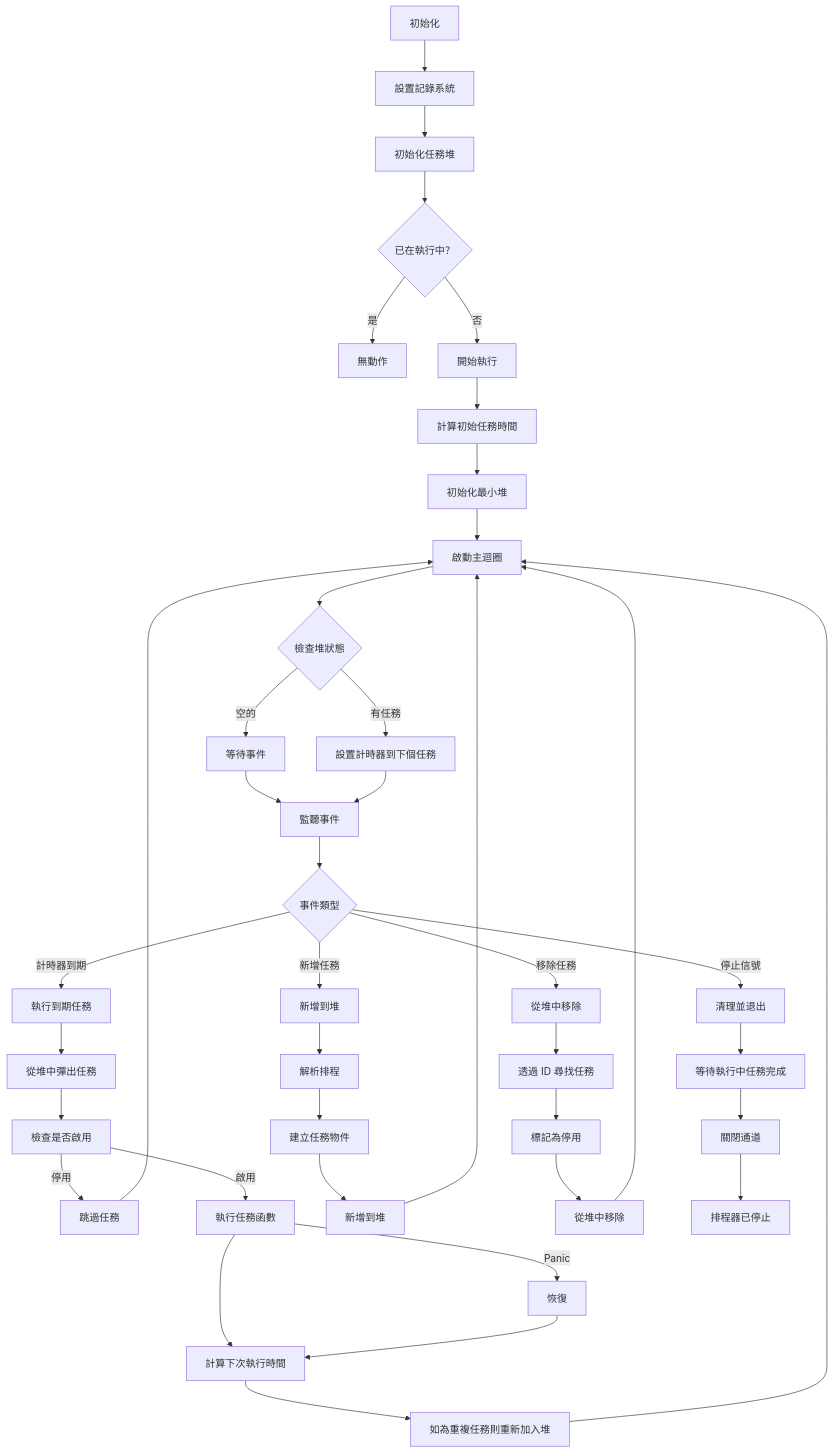
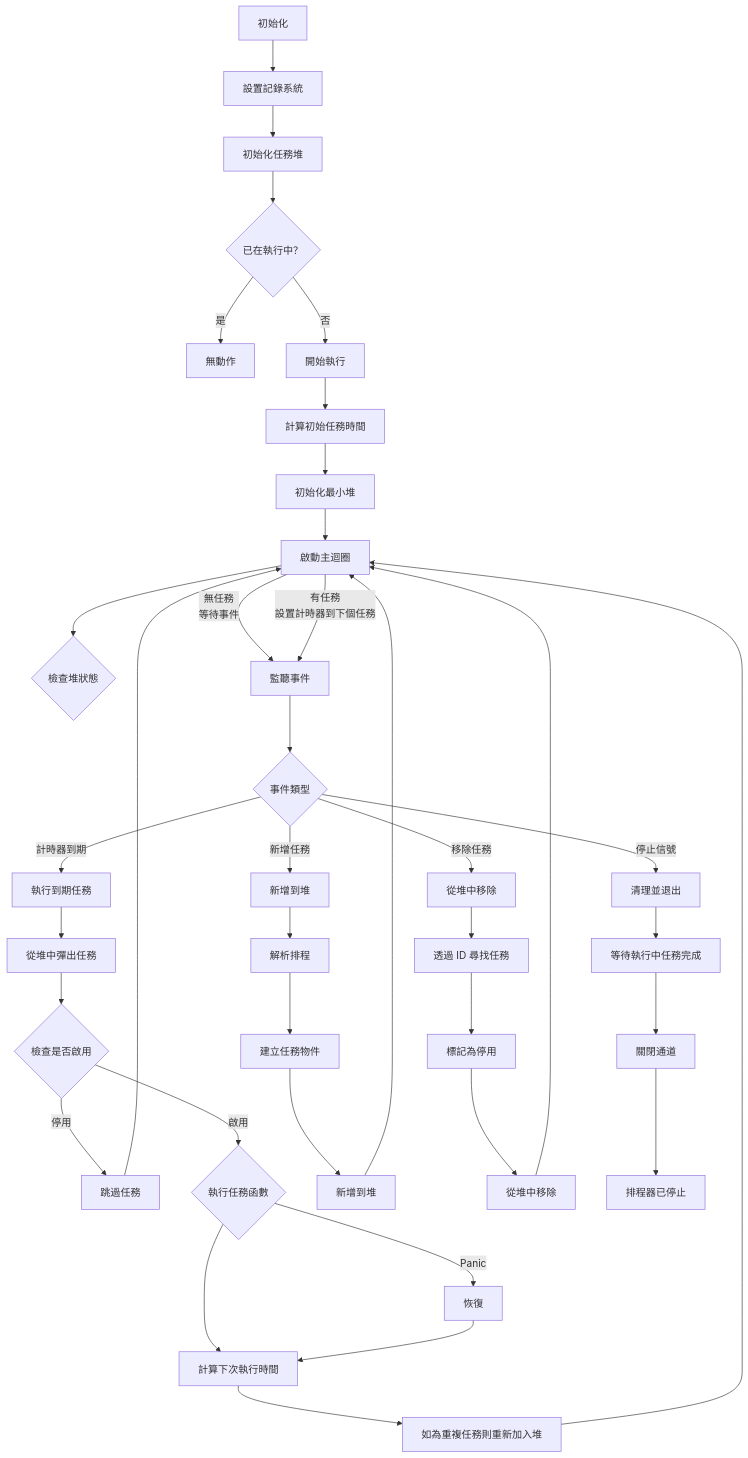
Before and after one commit to pardnchiu/go-scheduler: the diagram in README.zh.md, drawn with Mermaid. The commit also changed other lines of this file and 7 other files, not shown here.

````diff
--- a/README.zh.md
+++ b/README.zh.md
@@ -26,51 +26,48 @@
 ```mermaid
 flowchart TD
-  A[初始化] --> C[設置記錄系統]
-  C --> D[初始化任務堆]
-  D --> H{已在執行中？}
-  H -->|是| I[無動作]
-  H -->|否| J[開始執行]
+  A[初始化] --> B[設置記錄系統]
+  B --> C[初始化任務堆]
+  C --> D{已在執行中？}
+  D -->|是| D1[無動作]
+  D -->|否| D2[開始執行]
   
-  J --> K[計算初始任務時間]
-  K --> L[初始化最小堆]
-  L --> M[啟動主迴圈]
+  D2 --> E[計算初始任務時間]
+  E --> F[初始化最小堆]
+  F --> G[啟動主迴圈]
   
-  M --> N{檢查堆狀態}
-  N -->|空的| O[等待事件]
-  N -->|有任務| P[設置計時器到下個任務]
-  
-  O --> Q[監聽事件]
-  P --> Q
+  G --> H{檢查堆狀態}
+  G -->|無任務<br>等待事件| Q[監聽事件]
+  G -->|有任務<br>設置計時器到下個任務| Q
   
   Q --> R{事件類型}
-  R -->|計時器到期| S[執行到期任務]
-  R -->|新增任務| T[新增到堆]
-  R -->|移除任務| U[從堆中移除]
-  R -->|停止信號| V[清理並退出]
+  R -->|計時器到期| R1[執行到期任務]
+  R -->|新增任務| R2[新增到堆]
+  R -->|移除任務| R3[從堆中移除]
+  R -->|停止信號| R4[清理並退出]
   
-  S --> W[從堆中彈出任務]
-  W --> X[檢查是否啟用]
-  X -->|停用| Y[跳過任務]
-  X -->|啟用| BB[執行任務函數]
-  BB --> DD[計算下次執行時間]
-  BB -->|Panic| CC[恢復]
-  CC --> DD[計算下次執行時間]
-  DD --> EE[如為重複任務則重新加入堆]
+  R1 --> S[從堆中彈出任務]
+  S --> T{檢查是否啟用}
+  T -->|停用| T0[跳過任務]
+  T0 --> G
+  T -->|啟用| T1{執行任務函數}
+  T1 --> T11[計算下次執行時間]
+  T1 -->|Panic| T10[恢復]
+  T10 --> T11[計算下次執行時間]
+  T11 --> U[如為重複任務則重新加入堆]
   
-  T --> FF[解析排程]
-  FF --> GG[建立任務物件]
-  GG --> HH[新增到堆]
+  R2 --> V[解析排程]
+  V --> W[建立任務物件]
+  W --> X[新增到堆]
   
-  U --> II[透過 ID 尋找任務]
-  II --> JJ[標記為停用]
-  JJ --> KK[從堆中移除]
+  R3 --> Y[透過 ID 尋找任務]
+  Y --> Z[標記為停用]
+  Z --> AA[從堆中移除]
   
-  Y --> M
-  EE --> M
-  HH --> M
-  KK --> M
+  U --> G
+  X --> G
+  AA --> G
   
-  V --> LL[等待執行中任務完成]
-  LL --> MM[關閉通道]
-  MM --> NN[排程器已停止]
+  R4 --> BB[等待執行中任務完成]
+  BB --> CC[關閉通道]
+  CC --> DD[排程器已停止]
 ```
````
